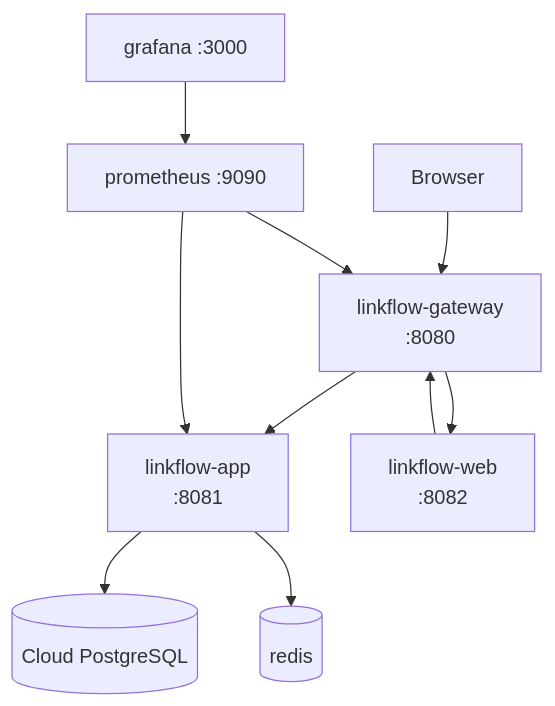
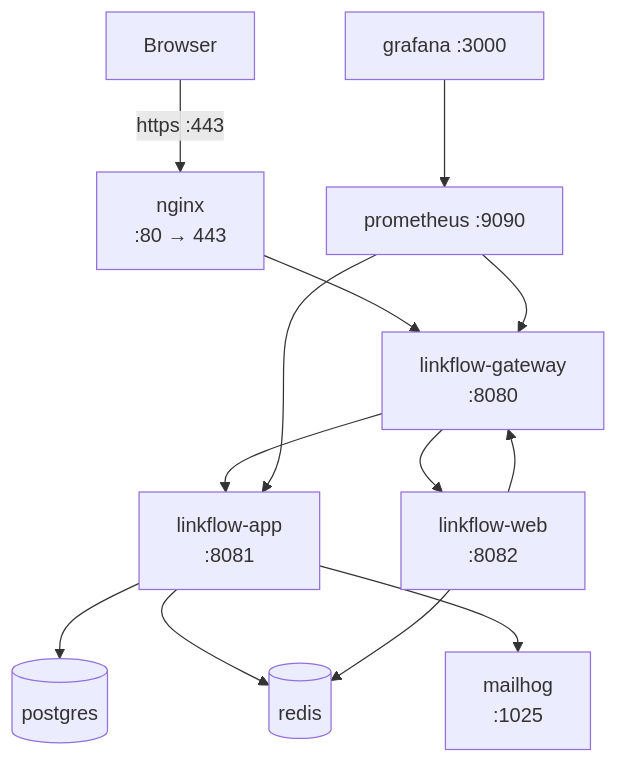
Before and after one commit to SlayerBit/linkflow: the diagram in docs/docker.md, drawn with Mermaid. The commit also changed other lines of this file and 189 other files, not shown here.

````diff
--- a/docs/docker.md
+++ b/docs/docker.md
@@ -36,16 +71,19 @@
 ```mermaid
 flowchart TB
-    Browser["Browser"] --> Gateway["linkflow-gateway\n:8080"]
+    Browser["Browser"] -->|"https :443"| Nginx["nginx\n:80 → 443"]
+    Nginx --> Gateway["linkflow-gateway\n:8080"]
 
     Gateway --> Backend["linkflow-app\n:8081"]
     Gateway --> WebUI["linkflow-web\n:8082"]
 
     WebUI --> Gateway
 
-    Backend --> CloudPG[(Cloud PostgreSQL)]
+    Backend --> PG[(postgres)]
     Backend --> Redis[(redis)]
+    Backend --> Mail["mailhog\n:1025"]
+    WebUI --> Redis
 
     Prometheus["prometheus :9090"] --> Backend
     Prometheus --> Gateway
     Grafana["grafana :3000"] --> Prometheus
 ```
````
